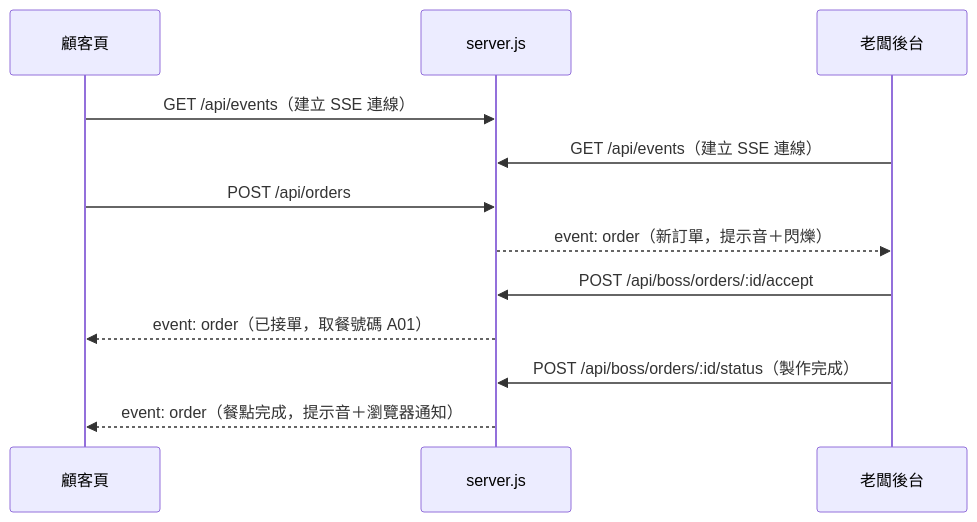
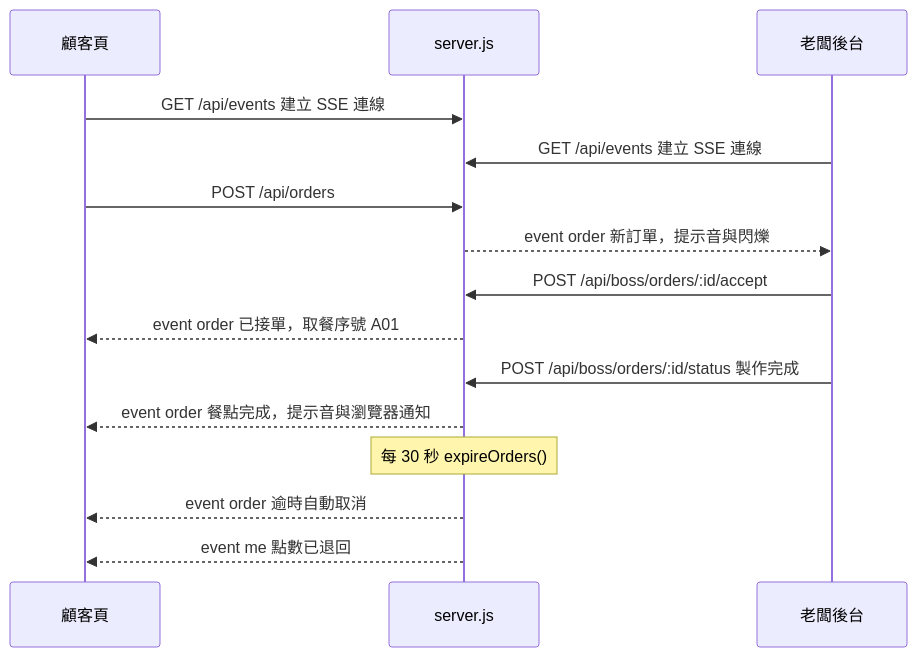
One commit to AlvinHii/breakfast-ordering-system changed the fifth of 7 diagrams in docs/SDD.md. Above: the diagram before and after it, drawn with Mermaid. The commit also changed other lines of this file, not shown here.

````diff
--- a/docs/SDD.md
+++ b/docs/SDD.md
@@ -208,14 +238,17 @@
 ```mermaid
 sequenceDiagram
   participant C as 顧客頁
   participant S as server.js
   participant B as 老闆後台
-  C->>S: GET /api/events（建立 SSE 連線）
-  B->>S: GET /api/events（建立 SSE 連線）
+  C->>S: GET /api/events 建立 SSE 連線
+  B->>S: GET /api/events 建立 SSE 連線
   C->>S: POST /api/orders
-  S-->>B: event: order（新訂單，提示音＋閃爍）
+  S-->>B: event order 新訂單，提示音與閃爍
   B->>S: POST /api/boss/orders/:id/accept
-  S-->>C: event: order（已接單，取餐號碼 A01）
-  B->>S: POST /api/boss/orders/:id/status（製作完成）
-  S-->>C: event: order（餐點完成，提示音＋瀏覽器通知）
+  S-->>C: event order 已接單，取餐序號 A01
+  B->>S: POST /api/boss/orders/:id/status 製作完成
+  S-->>C: event order 餐點完成，提示音與瀏覽器通知
+  Note over S: 每 30 秒 expireOrders()
+  S-->>C: event order 逾時自動取消
+  S-->>C: event me 點數已退回
 ```
````
